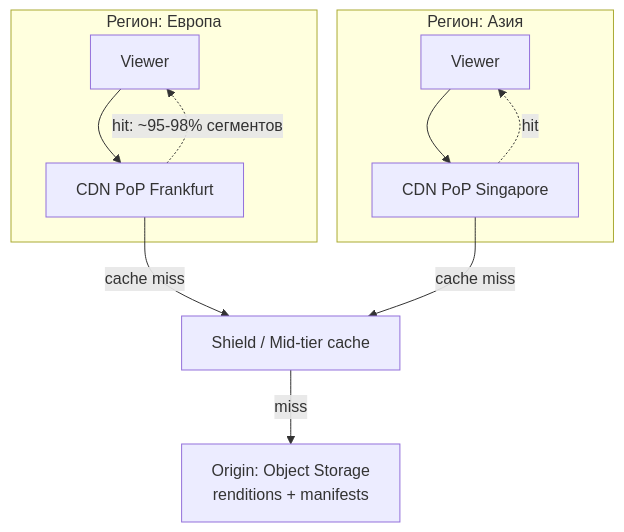
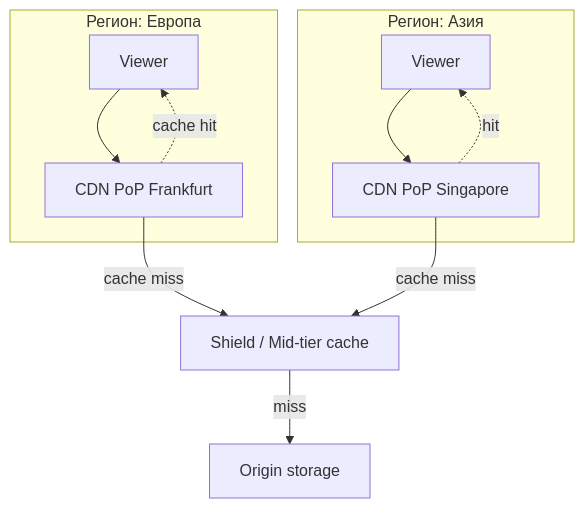
The fifth of 7 diagrams in 02-case-studies/video-streaming.md (AlohaJava/system-design-interview-chamkin), drawn with Mermaid before and after one commit. The commit also changed other lines of this file and 49 other files, not shown here.

````diff
--- a/02-case-studies/video-streaming.md
+++ b/02-case-studies/video-streaming.md
@@ -382,14 +355,14 @@
 ```mermaid
 flowchart TB
     subgraph RU["Регион: Европа"]
         P1["Viewer"] --> E1["CDN PoP Frankfurt"]
     end
     subgraph RU2["Регион: Азия"]
         P2["Viewer"] --> E2["CDN PoP Singapore"]
     end
     E1 -- "cache miss" --> SH["Shield / Mid-tier cache"]
     E2 -- "cache miss" --> SH
-    SH -- "miss" --> OR["Origin: Object Storage<br/>renditions + manifests"]
-    E1 -. "hit: ~95-98% сегментов" .-> P1
+    SH -- "miss" --> OR["Origin storage"]
+    E1 -. "cache hit" .-> P1
     E2 -. "hit" .-> P2
 ```
````
